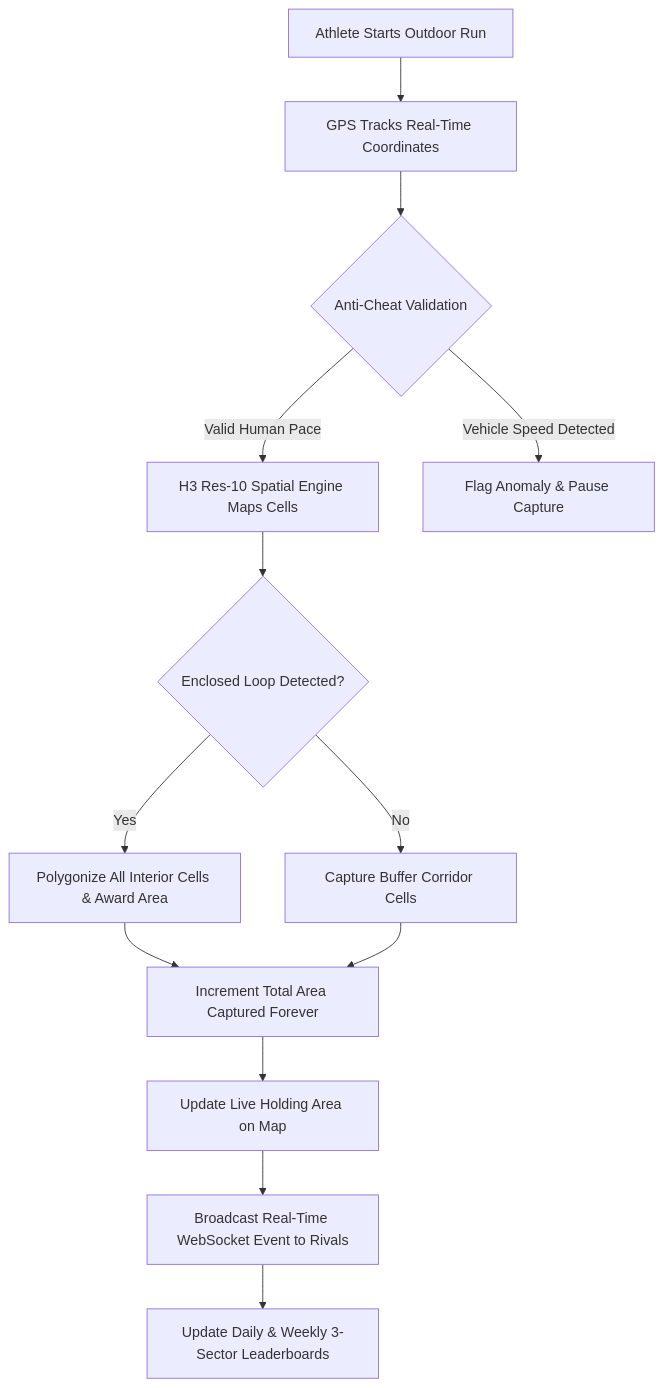
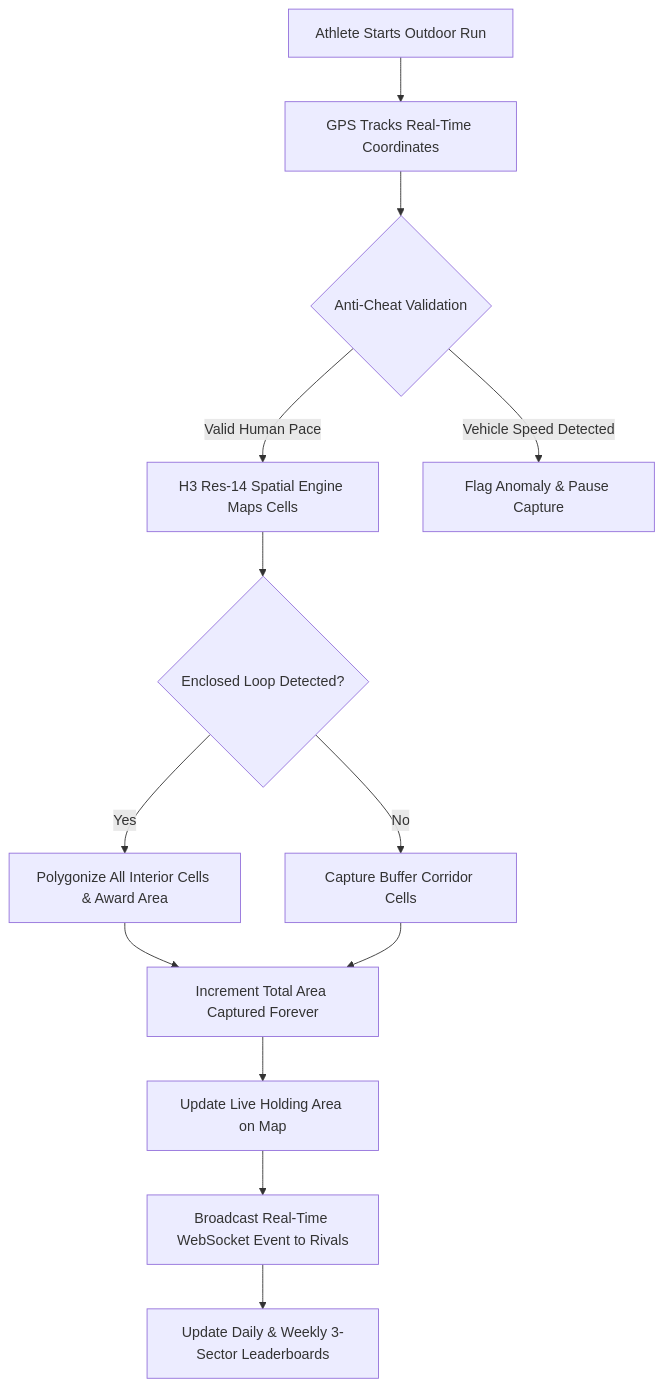
Before and after one commit to Shivaraj7975/SIH2026: the diagram in PROJECT_OVERVIEW.md, drawn with Mermaid. The commit also changed other lines of this file and 3 other files, not shown here.

Commit message:
docs: update README, ARCHITECTURE, and SECURITY docs for doorstep conquest, endpoint privacy, and ~10sqm hex resolution

````diff
--- a/PROJECT_OVERVIEW.md
+++ b/PROJECT_OVERVIEW.md
@@ -133,15 +133,15 @@
 ```mermaid
 flowchart TD
     A[Athlete Starts Outdoor Run] --> B[GPS Tracks Real-Time Coordinates]
     B --> C{Anti-Cheat Validation}
-    C -- Valid Human Pace --> D[H3 Res-10 Spatial Engine Maps Cells]
+    C -- Valid Human Pace --> D[H3 Res-14 Spatial Engine Maps Cells]
     C -- Vehicle Speed Detected --> E[Flag Anomaly & Pause Capture]
     D --> F{Enclosed Loop Detected?}
     F -- Yes --> G[Polygonize All Interior Cells & Award Area]
     F -- No --> H[Capture Buffer Corridor Cells]
     G --> I[Increment Total Area Captured Forever]
     H --> I
     I --> J[Update Live Holding Area on Map]
     J --> K[Broadcast Real-Time WebSocket Event to Rivals]
     K --> L[Update Daily & Weekly 3-Sector Leaderboards]
 ```
````
